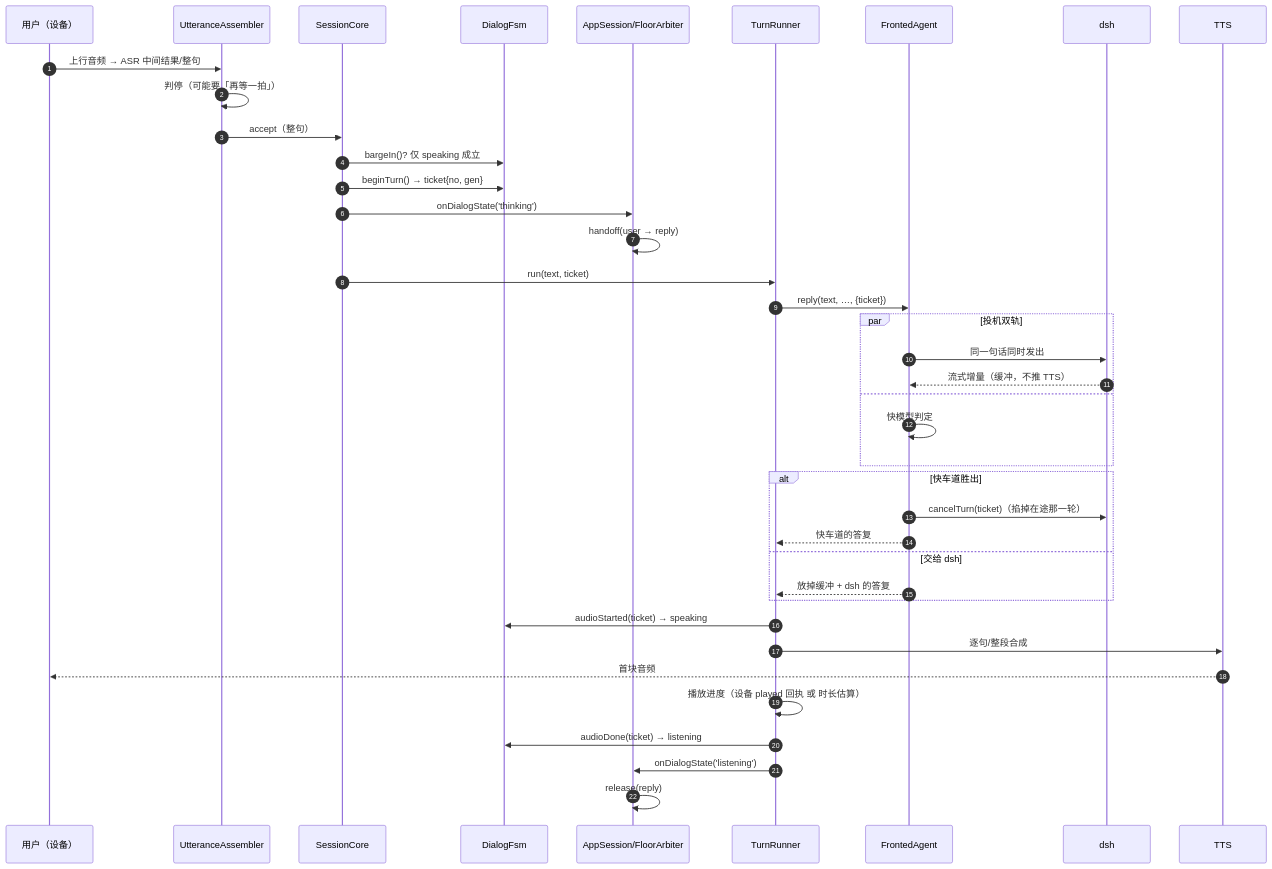
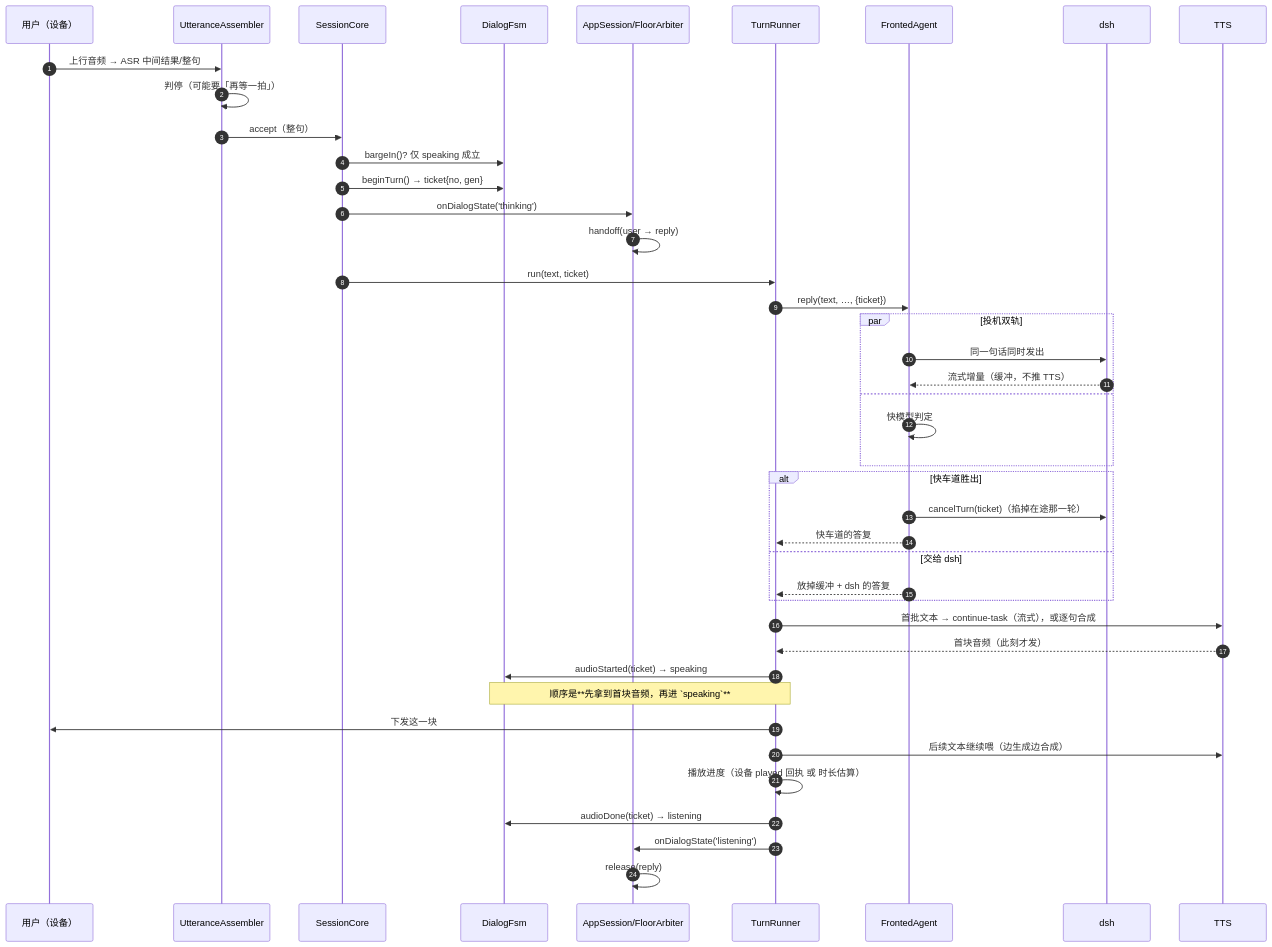
One commit to slchy/dsh-pet-wearable changed the seventh of 9 diagrams in docs/state-machines.md. Above: the diagram before and after it, drawn with Mermaid. The commit also changed other lines of this file and 1 other file, not shown here.

First line of the commit message:
﻿docs: 修 §6 时序图里 `audioStarted` 的位置，并把 TTS 预合成的否决记进账

````diff
--- a/docs/state-machines.md
+++ b/docs/state-machines.md
@@ -438,42 +438,45 @@
 ```mermaid
 sequenceDiagram
     autonumber
     participant U as 用户（设备）
     participant A as UtteranceAssembler
     participant SC as SessionCore
     participant FSM as DialogFsm
     participant AS as AppSession/FloorArbiter
     participant TR as TurnRunner
     participant FA as FrontedAgent
     participant D as dsh
     participant T as TTS
 
     U->>A: 上行音频 → ASR 中间结果/整句
     A->>A: 判停（可能要「再等一拍」）
     A->>SC: accept（整句）
     SC->>FSM: bargeIn()? 仅 speaking 成立
     SC->>FSM: beginTurn() → ticket{no, gen}
     SC->>AS: onDialogState('thinking')
     AS->>AS: handoff(user → reply)
     SC->>TR: run(text, ticket)
     TR->>FA: reply(text, …, {ticket})
     par 投机双轨
         FA->>D: 同一句话同时发出
         D-->>FA: 流式增量（缓冲，不推 TTS）
     and
         FA->>FA: 快模型判定
     end
     alt 快车道胜出
         FA->>D: cancelTurn(ticket)（掐掉在途那一轮）
         FA-->>TR: 快车道的答复
     else 交给 dsh
         FA-->>TR: 放掉缓冲 + dsh 的答复
     end
+    TR->>T: 首批文本 → continue-task（流式），或逐句合成
+    T-->>TR: 首块音频（此刻才发）
     TR->>FSM: audioStarted(ticket) → speaking
-    TR->>T: 逐句/整段合成
-    T-->>U: 首块音频
+    Note over TR,FSM: 顺序是**先拿到首块音频，再进 `speaking`**
+    TR->>U: 下发这一块
+    TR->>T: 后续文本继续喂（边生成边合成）
     TR->>TR: 播放进度（设备 played 回执 或 时长估算）
     TR->>FSM: audioDone(ticket) → listening
     TR->>AS: onDialogState('listening')
     AS->>AS: release(reply)
 ```
````
